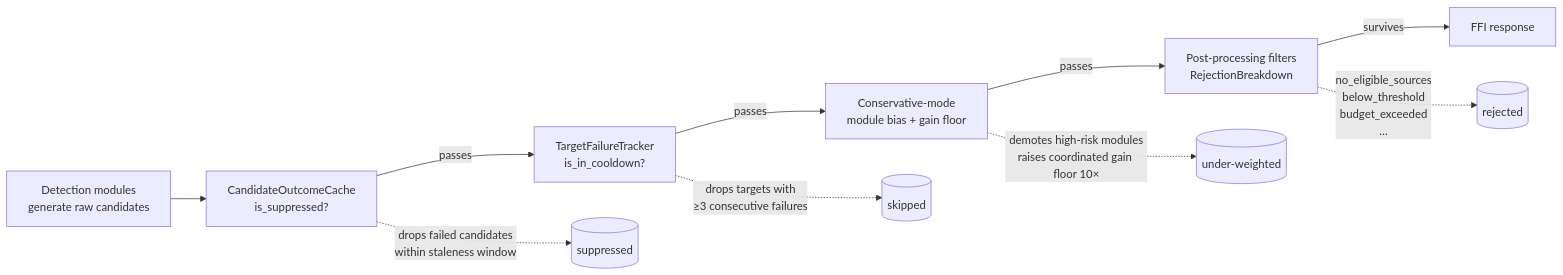
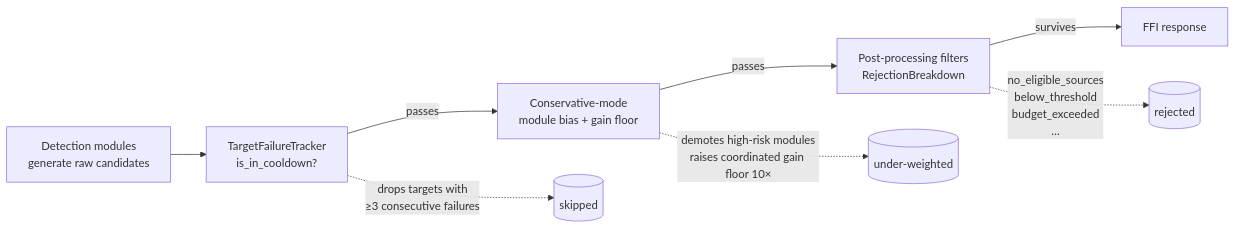
Before and after one commit to stSoftwareAU/NEAT-AI-Discovery: the second of 3 diagrams in docs/DROUGHT_PLAYBOOK.md, drawn with Mermaid. The commit also changed other lines of this file and 19 other files, not shown here.

````diff
--- a/docs/DROUGHT_PLAYBOOK.md
+++ b/docs/DROUGHT_PLAYBOOK.md
@@ -187,20 +191,17 @@
 ```mermaid
 flowchart LR
     Detect[Detection modules<br/>generate raw candidates]
-    Cache[CandidateOutcomeCache<br/>is_suppressed?]
     Cooldown[TargetFailureTracker<br/>is_in_cooldown?]
     Bias[Conservative-mode<br/>module bias + gain floor]
     Post[Post-processing filters<br/>RejectionBreakdown]
     Out[FFI response]
 
-    Detect --> Cache
-    Cache -- "passes" --> Cooldown
+    Detect --> Cooldown
     Cooldown -- "passes" --> Bias
     Bias -- "passes" --> Post
     Post -- "survives" --> Out
 
-    Cache -. "drops failed candidates<br/>within staleness window" .-> X1[(suppressed)]
     Cooldown -. "drops targets with<br/>≥3 consecutive failures" .-> X2[(skipped)]
     Bias -. "demotes high-risk modules<br/>raises coordinated gain floor 10×" .-> X3[(under-weighted)]
     Post -. "no_eligible_sources<br/>below_threshold<br/>budget_exceeded<br/>…" .-> X4[(rejected)]
 ```
````
